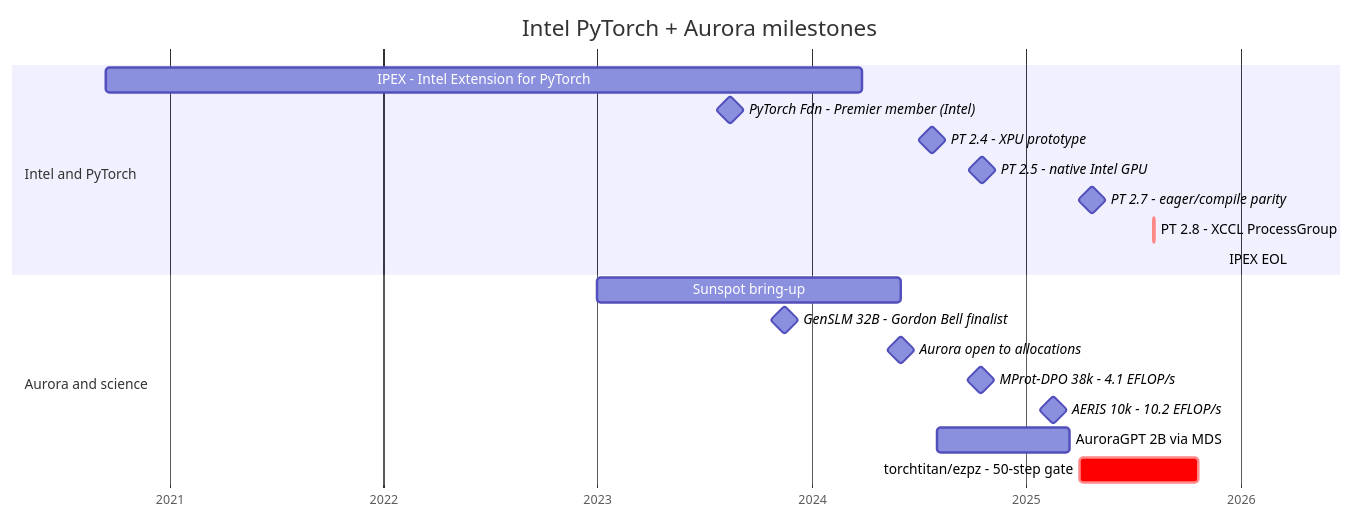
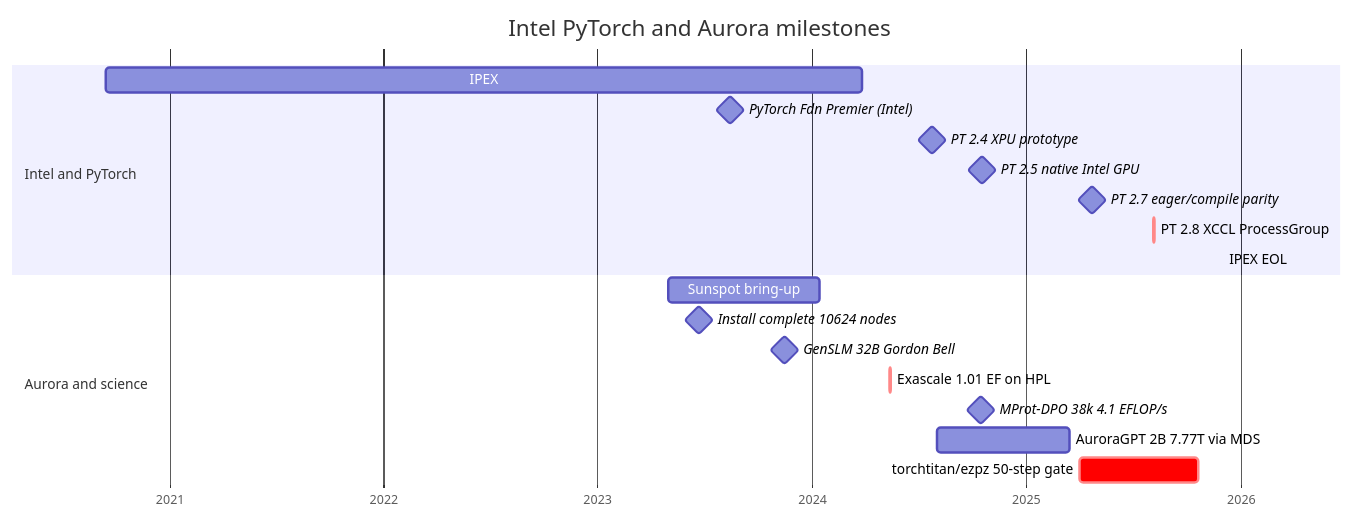
One commit to saforem2/samf.sh changed the first of 3 diagrams in web/src/pages/talks/2026/10/21/index.mdx. Above: the diagram before and after it, drawn with Mermaid. The commit also changed other lines of this file and 2 other files, not shown here.

Commit message:
talk(ptc26): timeline slide 4 — mermaid gantt with by-lane color + scale fixes
Gantt adds verified Aurora dates to the two-timelines post's PT
milestones: Sunspot bring-up, install-complete, and 1.01 EF exascale
anchor the science lane (GenSLM/MProt-DPO/AERIS/7.77T) against the
Intel lane (IPEX bar + PT 2.4/2.5/2.7/2.8 diamonds). Font bumps to
1.35rem keep the right cluster legible; timeline caption grows to
0.95em to match the talk's 1.1rem body on the slide.

By-lane mermaid tints via themeCSS: section0/section1 pick up
--pt-indigo/--pt-teal lane washes, with milestone/crit overrides for
shape-based emphasis (diamond vs bar + red for crit) layered on top.
Thinned 2022-2023 prehistory to reduce the 2024.5 pileup; remaining
cluster is a known mermaid gantt collision — pele.run hand-drawn SVG
is the clean fix if we want true per-diamond placement.

Slide 5 fix: swap torch.distributed and DTensor/FSDP2 — DIST is the
collective substrate that PARALLEL builds on (TRAIN→DIST→PARALLEL→XCCL).

Scratch fix: remove dead ANL lockup that referenced the missing
web/public/anl-template/ asset and rendered as a broken-image box in
the bottom-right corner on slides 3-7.

````diff
--- a/web/src/pages/talks/2026/10/21/index.mdx
+++ b/web/src/pages/talks/2026/10/21/index.mdx
@@ -104,24 +104,25 @@
 ```mermaid
+%%{init: {'themeCSS': '.titleText{font-size:1rem!important;font-weight:700}.taskText{font-size:0.85rem!important;font-weight:600}.taskTextOutsideRight,.taskTextOutsideLeft{font-size:0.8rem!important}.sectionTitle{font-size:0.95rem!important;font-weight:700}.tick text{font-size:0.85rem!important}.grid .tick{opacity:0.7}.section0{fill:color-mix(in oklch,var(--pt-indigo) 10%,transparent)!important}.section1{fill:color-mix(in oklch,var(--pt-teal) 10%,transparent)!important}.done,.active{fill:color-mix(in oklch,var(--pt-indigo) 16%,var(--background1))!important;stroke:var(--pt-indigo)!important}.crit{fill:var(--pt-red)!important;stroke:color-mix(in oklch,var(--pt-red) 88%,black)!important}.milestone{fill:color-mix(in oklch,var(--pt-indigo) 85%,white)!important;stroke:var(--pt-indigo)!important}'}}%%
 gantt
-    title Intel PyTorch + Aurora milestones
+    title Intel PyTorch and Aurora milestones
     dateFormat  YYYY-MM-DD
     axisFormat  %Y
 
     section Intel and PyTorch
-    IPEX - Intel Extension for PyTorch           :i1, 2020-09-15, 2024-03-27
-    PyTorch Fdn - Premier member (Intel)       :milestone, i2, 2023-08-15, 1d
-    PT 2.4 - XPU prototype                       :milestone, i3, 2024-07-24, 1d
-    PT 2.5 - native Intel GPU                    :milestone, i4, 2024-10-17, 1d
-    PT 2.7 - eager/compile parity                :milestone, i5, 2025-04-23, 1d
-    PT 2.8 - XCCL ProcessGroup                   :crit, i6, 2025-08-06, 1d
-    IPEX EOL                                     :crit, i7, 2026-03-31, 1d
+    IPEX                               :i1, 2020-09-15, 2024-03-27
+    PyTorch Fdn Premier (Intel)        :milestone, i2, 2023-08-15, 1d
+    PT 2.4 XPU prototype               :milestone, i3, 2024-07-24, 1d
+    PT 2.5 native Intel GPU            :milestone, i4, 2024-10-17, 1d
+    PT 2.7 eager/compile parity        :milestone, i5, 2025-04-23, 1d
+    PT 2.8 XCCL ProcessGroup           :crit, i6, 2025-08-06, 1d
+    IPEX EOL                           :crit, i7, 2026-03-31, 1d
 
     section Aurora and science
-    Sunspot bring-up                             :a1, 2023-01-01, 2024-06-01
-    GenSLM 32B - Gordon Bell finalist            :milestone, a2, 2023-11-15, 1d
-    Aurora open to allocations                   :milestone, a3, 2024-06-01, 1d
-    MProt-DPO 38k - 4.1 EFLOP/s                  :milestone, a4, 2024-10-15, 1d
-    AERIS 10k - 10.2 EFLOP/s                     :milestone, a5, 2025-02-15, 1d
-    AuroraGPT 2B via MDS                         :a6, 2024-08-01, 2025-03-15
-    torchtitan/ezpz - 50-step gate               :crit, a7, 2025-04-01, 2025-10-21
+    Sunspot bring-up                   :a1d, 2023-05-01, 2024-01-15
+    Install complete 10624 nodes       :milestone, a1e, 2023-06-22, 1d
+    GenSLM 32B Gordon Bell              :milestone, a3, 2023-11-15, 1d
+    Exascale 1.01 EF on HPL            :crit, a4, 2024-05-13, 1d
+    MProt-DPO 38k 4.1 EFLOP/s           :milestone, a5, 2024-10-15, 1d
+    AuroraGPT 2B 7.77T via MDS          :a7, 2024-08-01, 2025-03-15
+    torchtitan/ezpz 50-step gate        :crit, a8, 2025-04-01, 2025-10-21
 ```
````
